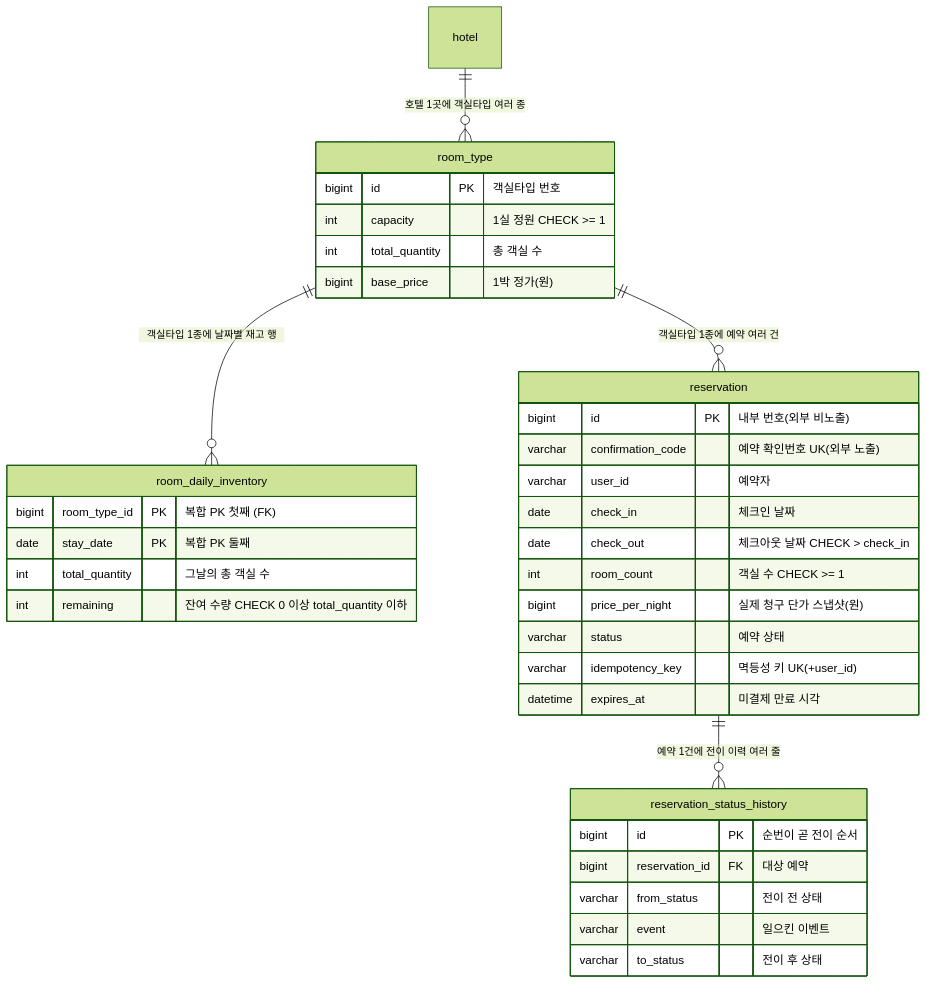
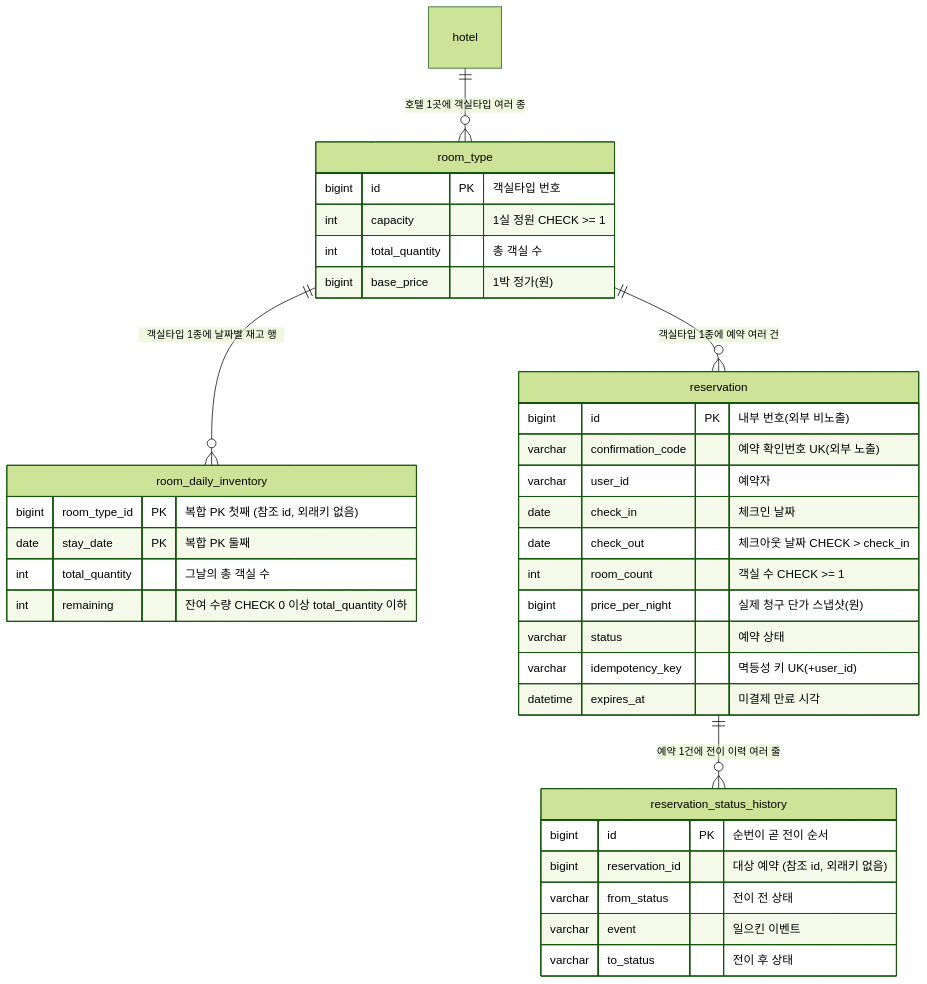
The first of 4 diagrams in docs/submission/03-설계.md (Diocto/pms), drawn with Mermaid (forest theme) before and after one commit. The commit also changed other lines of this file and 6 other files, not shown here.

````diff
--- a/docs/submission/03-설계.md
+++ b/docs/submission/03-설계.md
@@ -42,39 +42,39 @@
 ```mermaid
 erDiagram
     hotel ||--o{ room_type : "호텔 1곳에 객실타입 여러 종"
     room_type ||--o{ room_daily_inventory : "객실타입 1종에 날짜별 재고 행"
     room_type ||--o{ reservation : "객실타입 1종에 예약 여러 건"
     reservation ||--o{ reservation_status_history : "예약 1건에 전이 이력 여러 줄"
 
     room_type {
         bigint id PK "객실타입 번호"
         int capacity "1실 정원 CHECK >= 1"
         int total_quantity "총 객실 수"
         bigint base_price "1박 정가(원)"
     }
     room_daily_inventory {
-        bigint room_type_id PK "복합 PK 첫째 (FK)"
+        bigint room_type_id PK "복합 PK 첫째 (참조 id, 외래키 없음)"
         date stay_date PK "복합 PK 둘째"
         int total_quantity "그날의 총 객실 수"
         int remaining "잔여 수량 CHECK 0 이상 total_quantity 이하"
     }
     reservation {
         bigint id PK "내부 번호(외부 비노출)"
         varchar confirmation_code "예약 확인번호 UK(외부 노출)"
         varchar user_id "예약자"
         date check_in "체크인 날짜"
         date check_out "체크아웃 날짜 CHECK > check_in"
         int room_count "객실 수 CHECK >= 1"
         bigint price_per_night "실제 청구 단가 스냅샷(원)"
         varchar status "예약 상태"
         varchar idempotency_key "멱등성 키 UK(+user_id)"
         datetime expires_at "미결제 만료 시각"
     }
     reservation_status_history {
         bigint id PK "순번이 곧 전이 순서"
-        bigint reservation_id FK "대상 예약"
+        bigint reservation_id "대상 예약 (참조 id, 외래키 없음)"
         varchar from_status "전이 전 상태"
         varchar event "일으킨 이벤트"
         varchar to_status "전이 후 상태"
     }
 ```
````
